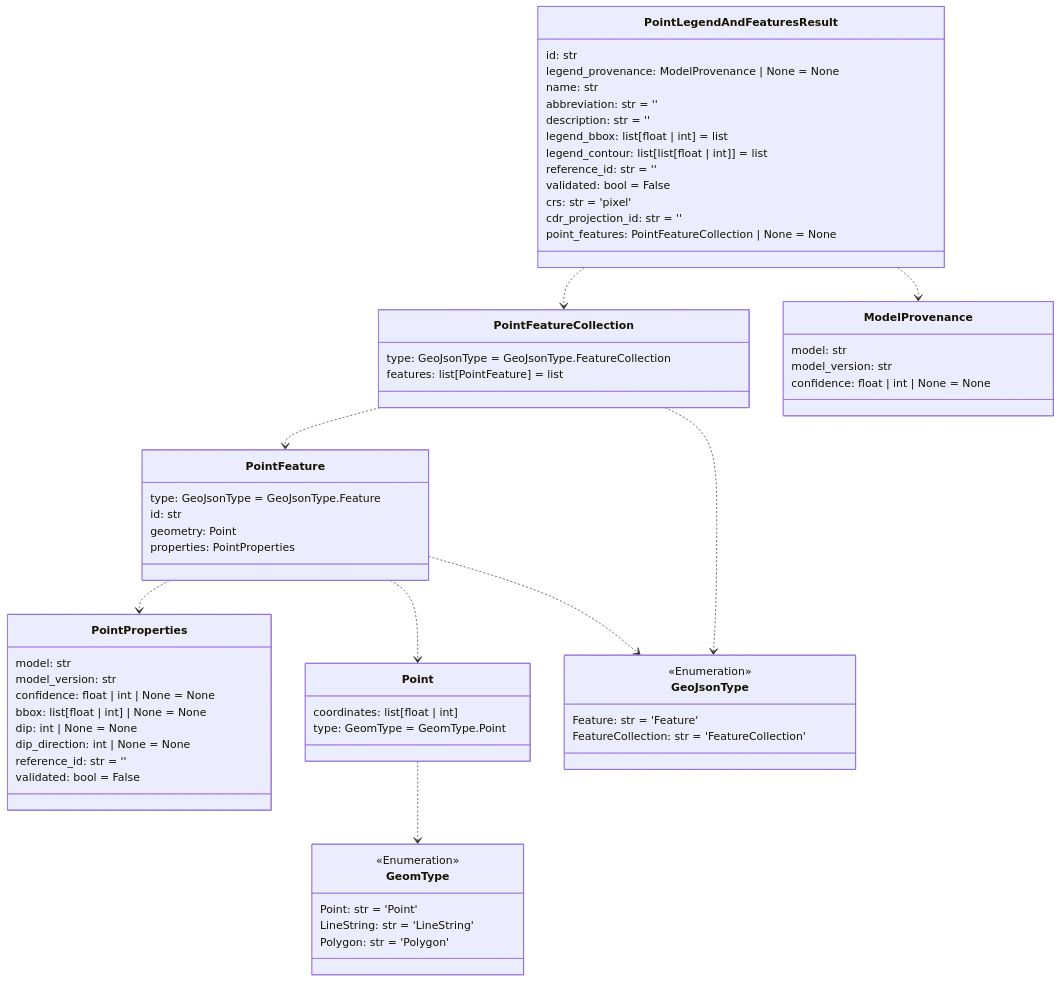
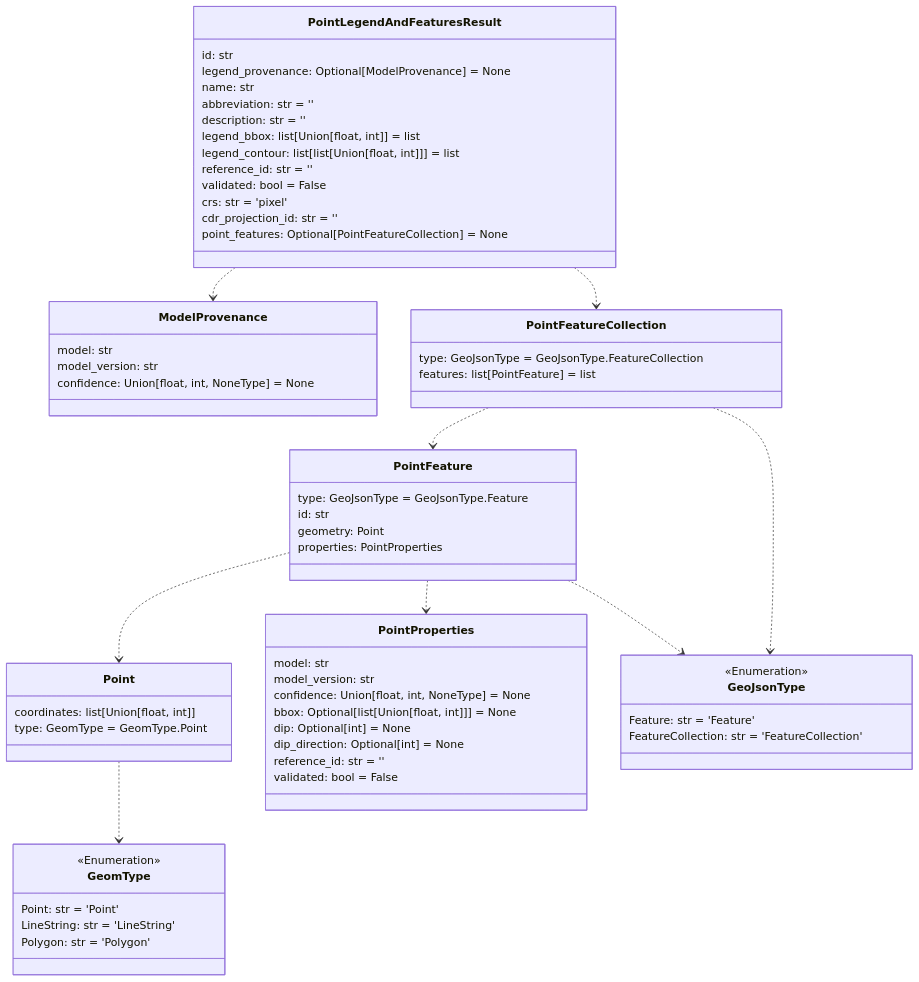
The fifth of 14 diagrams in README.md (DARPA-CRITICALMAAS/cdr_schemas), drawn with Mermaid before and after one commit. The commit also changed other lines of this file and 1 other file, not shown here.

````diff
--- a/README.md
+++ b/README.md
@@ -368,76 +368,76 @@
 ```mermaid
 classDiagram
 
-    class PointProperties {
+    class GeomType {
+        <<Enumeration>>
+        Point: str = 'Point'
+        LineString: str = 'LineString'
+        Polygon: str = 'Polygon'
+    }
+
+    class ModelProvenance {
         model: str
         model_version: str
-        confidence: float | int | None = None
-        bbox: list[float | int] | None = None
-        dip: int | None = None
-        dip_direction: int | None = None
-        reference_id: str = ''
-        validated: bool = False
+        confidence: Union[float, int, NoneType] = None
+    }
+
+    class Point {
+        coordinates: list[Union[float, int]]
+        type: GeomType = GeomType.Point
     }
 
     class PointFeatureCollection {
         type: GeoJsonType = GeoJsonType.FeatureCollection
         features: list[PointFeature] = list
+    }
+
+    class PointProperties {
+        model: str
+        model_version: str
+        confidence: Union[float, int, NoneType] = None
+        bbox: Optional[list[Union[float, int]]] = None
+        dip: Optional[int] = None
+        dip_direction: Optional[int] = None
+        reference_id: str = ''
+        validated: bool = False
+    }
+
+    class PointLegendAndFeaturesResult {
+        id: str
+        legend_provenance: Optional[ModelProvenance] = None
+        name: str
+        abbreviation: str = ''
+        description: str = ''
+        legend_bbox: list[Union[float, int]] = list
+        legend_contour: list[list[Union[float, int]]] = list
+        reference_id: str = ''
+        validated: bool = False
+        crs: str = 'pixel'
+        cdr_projection_id: str = ''
+        point_features: Optional[PointFeatureCollection] = None
+    }
+
+    class GeoJsonType {
+        <<Enumeration>>
+        Feature: str = 'Feature'
+        FeatureCollection: str = 'FeatureCollection'
     }
 
     class PointFeature {
         type: GeoJsonType = GeoJsonType.Feature
         id: str
         geometry: Point
         properties: PointProperties
     }
 
-    class GeomType {
-        <<Enumeration>>
-        Point: str = 'Point'
-        LineString: str = 'LineString'
-        Polygon: str = 'Polygon'
-    }
-
-    class Point {
-        coordinates: list[float | int]
-        type: GeomType = GeomType.Point
-    }
-
-    class GeoJsonType {
-        <<Enumeration>>
-        Feature: str = 'Feature'
-        FeatureCollection: str = 'FeatureCollection'
-    }
-
-    class ModelProvenance {
-        model: str
-        model_version: str
-        confidence: float | int | None = None
-    }
-
-    class PointLegendAndFeaturesResult {
-        id: str
-        legend_provenance: ModelProvenance | None = None
-        name: str
-        abbreviation: str = ''
-        description: str = ''
-        legend_bbox: list[float | int] = list
-        legend_contour: list[list[float | int]] = list
-        reference_id: str = ''
-        validated: bool = False
-        crs: str = 'pixel'
-        cdr_projection_id: str = ''
-        point_features: PointFeatureCollection | None = None
-    }
-
     Point ..> GeomType
     PointFeature ..> PointProperties
+    PointFeature ..> GeoJsonType
     PointFeature ..> Point
-    PointFeature ..> GeoJsonType
+    PointFeatureCollection ..> GeoJsonType
     PointFeatureCollection ..> PointFeature
-    PointFeatureCollection ..> GeoJsonType
     PointLegendAndFeaturesResult ..> PointFeatureCollection
     PointLegendAndFeaturesResult ..> ModelProvenance
 
 
 ```
````
